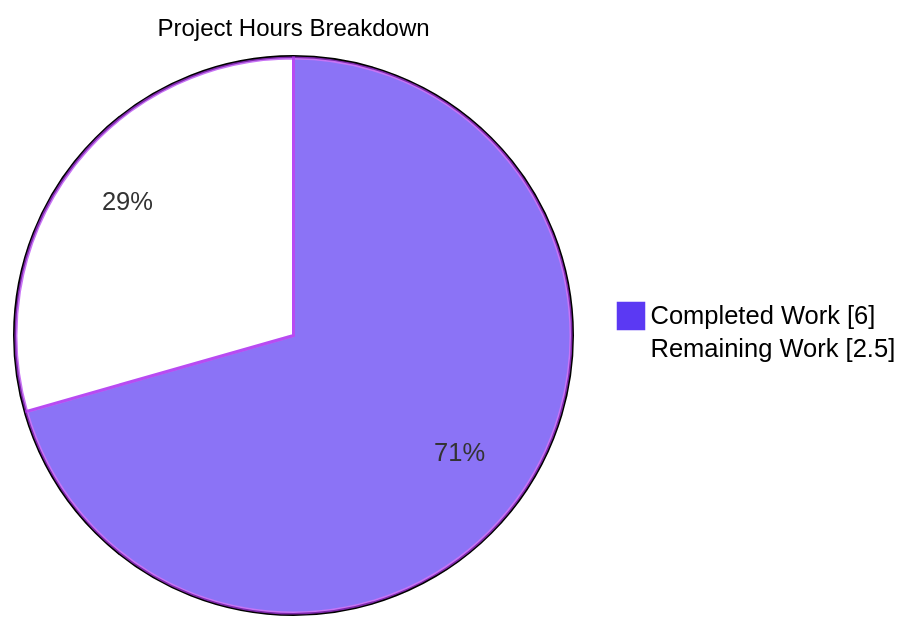
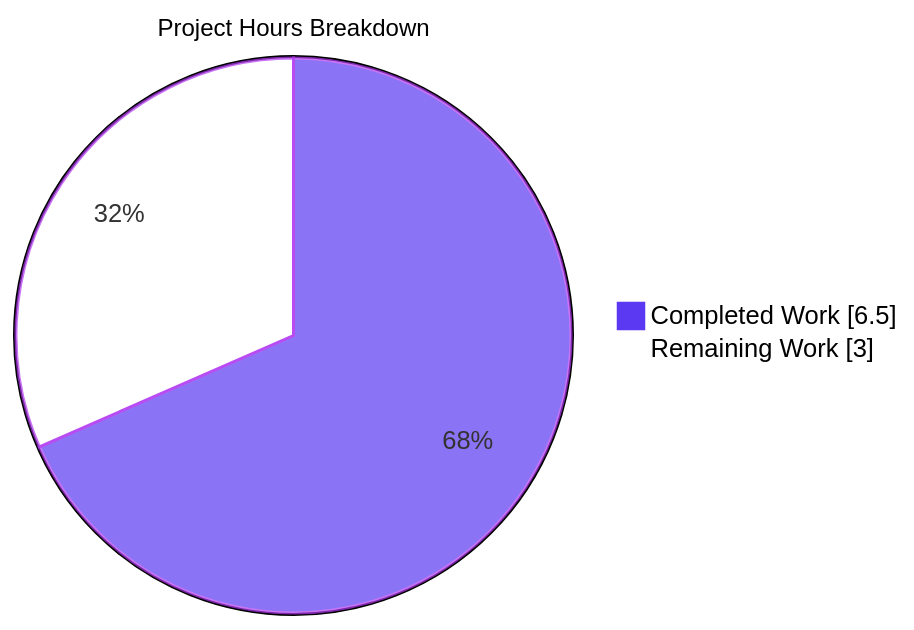
Before and after one commit to Sandeep01Kumar/existing-projects-qa-19-nov: the second of 2 diagrams in blitzy/documentation/Project Guide - bc2e7a9e-1751-42cb-b2c2-b32a775da33a.md, drawn with Mermaid. The commit also changed other lines of this file, not shown here.

Commit message:
Adding Blitzy Project Guide: Project Status and Human Tasks Remaining

````diff
--- a/blitzy/documentation/Project Guide - bc2e7a9e-1751-42cb-b2c2-b32a775da33a.md
+++ b/blitzy/documentation/Project Guide - bc2e7a9e-1751-42cb-b2c2-b32a775da33a.md
@@ -186,6 +199,6 @@
 ```mermaid
 %%{init: {"themeVariables": {"pie1": "#5B39F3", "pie2": "#FFFFFF", "pieStrokeColor": "#B23AF2", "pieTitleTextSize": "16px"}}}%%
 pie showData title Project Hours Breakdown
-    "Completed Work" : 6.0
-    "Remaining Work" : 2.5
+    "Completed Work" : 6.5
+    "Remaining Work" : 3.0
 ```
````
